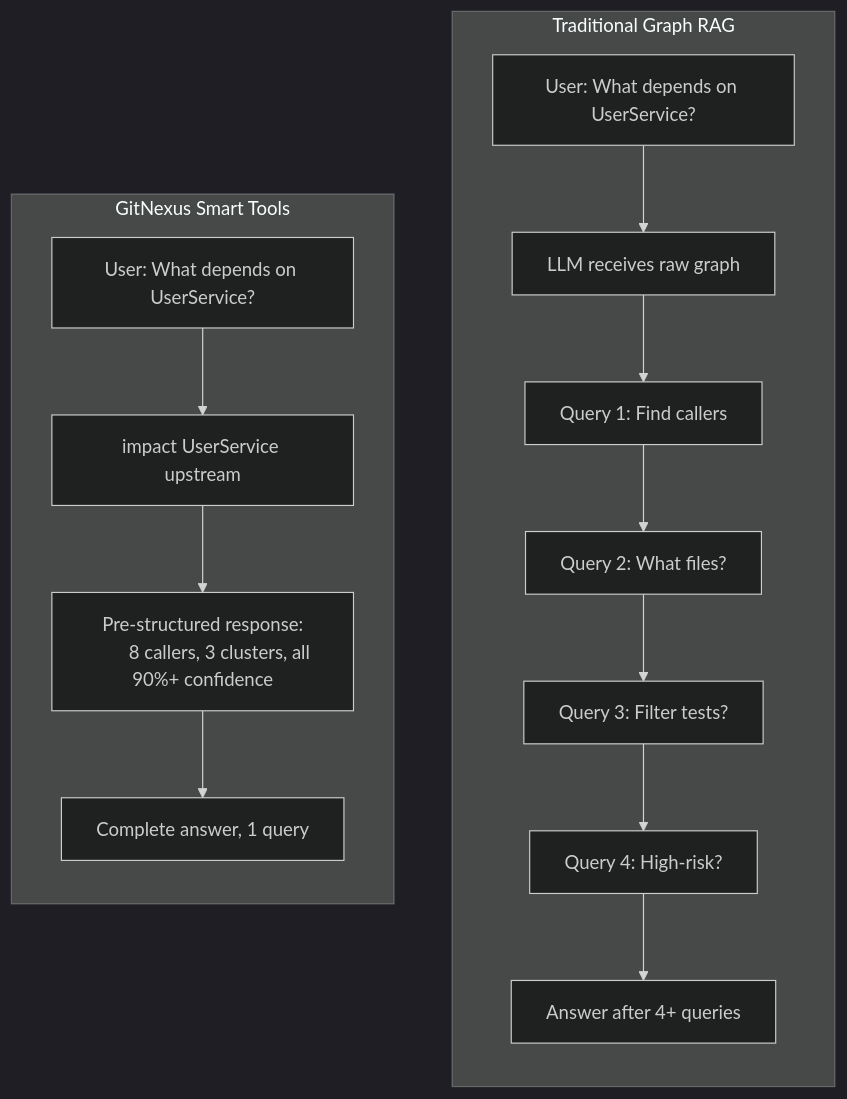
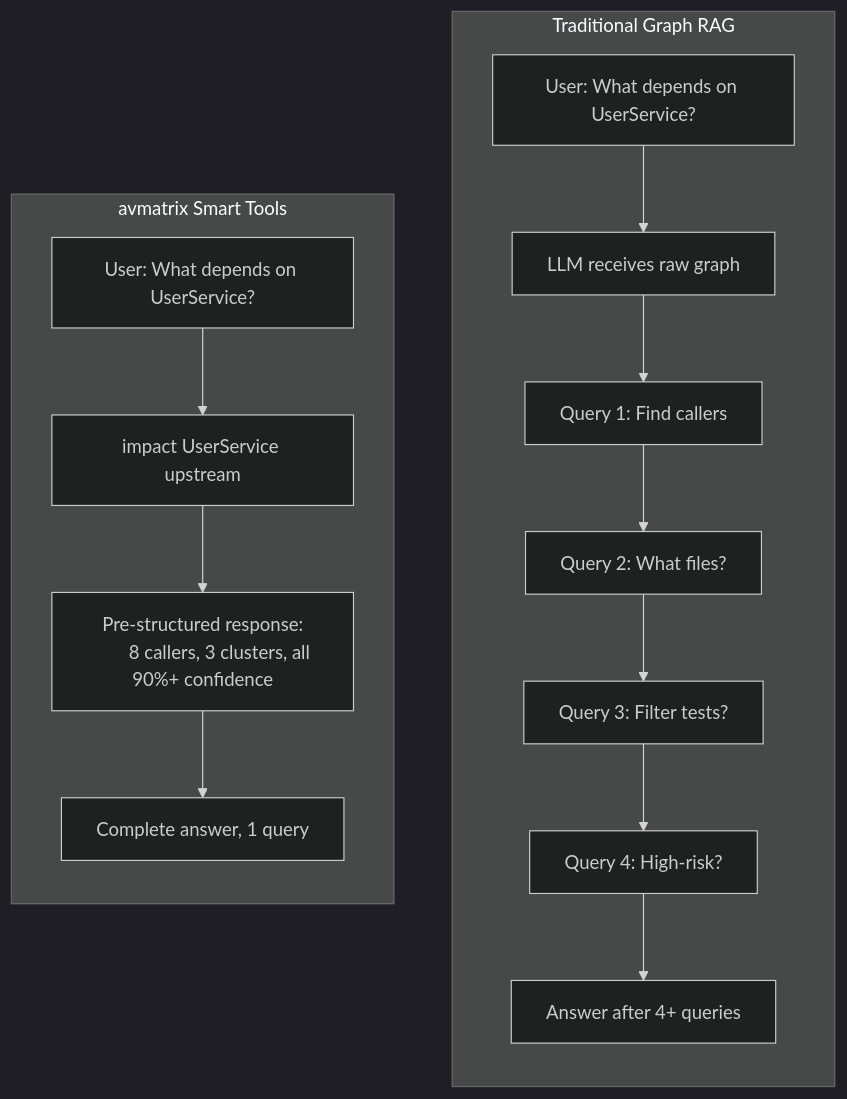
The second of 2 diagrams in README.md (tamnguyendinh/AVmatrix), drawn with Mermaid (dark theme) before and after one commit. The commit also changed other lines of this file and 2555 other files, not shown here.

````diff
--- a/README.md
+++ b/README.md
@@ -505,22 +505,22 @@
 ```mermaid
 flowchart TB
     subgraph Traditional["Traditional Graph RAG"]
         direction TB
         U1["User: What depends on UserService?"]
         U1 --> LLM1["LLM receives raw graph"]
         LLM1 --> Q1["Query 1: Find callers"]
         Q1 --> Q2["Query 2: What files?"]
         Q2 --> Q3["Query 3: Filter tests?"]
         Q3 --> Q4["Query 4: High-risk?"]
         Q4 --> OUT1["Answer after 4+ queries"]
     end
 
-    subgraph GN["GitNexus Smart Tools"]
+    subgraph GN["avmatrix Smart Tools"]
         direction TB
         U2["User: What depends on UserService?"]
         U2 --> TOOL["impact UserService upstream"]
         TOOL --> PRECOMP["Pre-structured response:
         8 callers, 3 clusters, all 90%+ confidence"]
         PRECOMP --> OUT2["Complete answer, 1 query"]
     end
 ```
````
